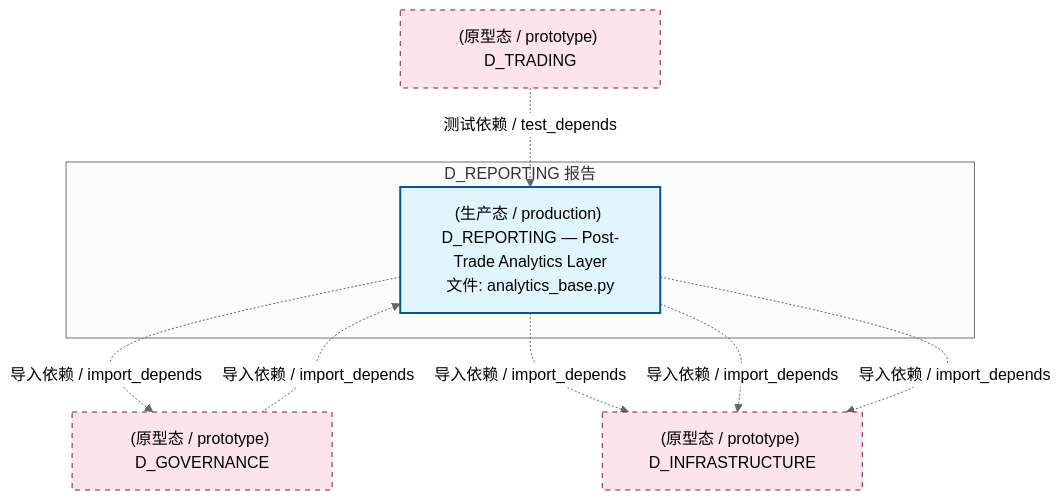
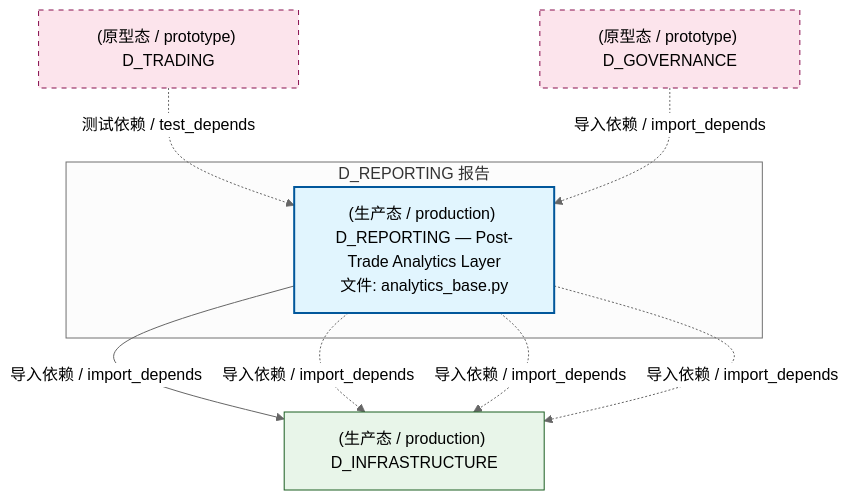
Before and after one commit to xuanFelixVan/ZephyrAlpha: the second of 4 diagrams in docs/02_enterprise_architecture/02_domain_architecture_docs/23_d_reporting.md, drawn with Mermaid (neutral theme). The commit also changed other lines of this file and 126 other files, not shown here.

````diff
--- a/docs/02_enterprise_architecture/02_domain_architecture_docs/23_d_reporting.md
+++ b/docs/02_enterprise_architecture/02_domain_architecture_docs/23_d_reporting.md
@@ -121,21 +121,22 @@
 ```mermaid
 graph TD
     subgraph D_REPORTING["D_REPORTING 报告"]
         src_zephyr_reporting_analytics_base_py["(生产态 / production) D_REPORTING — Post-Trade Analytics Layer<br/>文件: analytics_base.py"]
     end
-    D_GOVERNANCE["(原型态 / prototype) D_GOVERNANCE"]
-    src_zephyr_reporting_analytics_base_py -.->|导入依赖 / import_depends| D_GOVERNANCE
-    D_INFRASTRUCTURE["(原型态 / prototype) D_INFRASTRUCTURE"]
+    D_INFRASTRUCTURE["(生产态 / production) D_INFRASTRUCTURE"]
+    src_zephyr_reporting_analytics_base_py -->|导入依赖 / import_depends| D_INFRASTRUCTURE
     src_zephyr_reporting_analytics_base_py -.->|导入依赖 / import_depends| D_INFRASTRUCTURE
     src_zephyr_reporting_analytics_base_py -.->|导入依赖 / import_depends| D_INFRASTRUCTURE
     src_zephyr_reporting_analytics_base_py -.->|导入依赖 / import_depends| D_INFRASTRUCTURE
     D_TRADING["(原型态 / prototype) D_TRADING"]
     D_TRADING -.->|测试依赖 / test_depends| src_zephyr_reporting_analytics_base_py
+    D_GOVERNANCE["(原型态 / prototype) D_GOVERNANCE"]
     D_GOVERNANCE -.->|导入依赖 / import_depends| src_zephyr_reporting_analytics_base_py
     classDef production fill:#e1f5fe,stroke:#01579b,stroke-width:2px,color:#000
     classDef design fill:#fff3e0,stroke:#e65100,stroke-width:2px,color:#000,stroke-dasharray: 5 5
     classDef external_prod fill:#e8f5e9,stroke:#1b5e20,stroke-width:1px,color:#000
     classDef external_design fill:#fce4ec,stroke:#880e4f,stroke-width:1px,color:#000,stroke-dasharray: 5 5
     class src_zephyr_reporting_analytics_base_py production
-    class D_GOVERNANCE,D_INFRASTRUCTURE,D_TRADING external_design
+    class D_INFRASTRUCTURE external_prod
+    class D_TRADING,D_GOVERNANCE external_design
 ```
````
